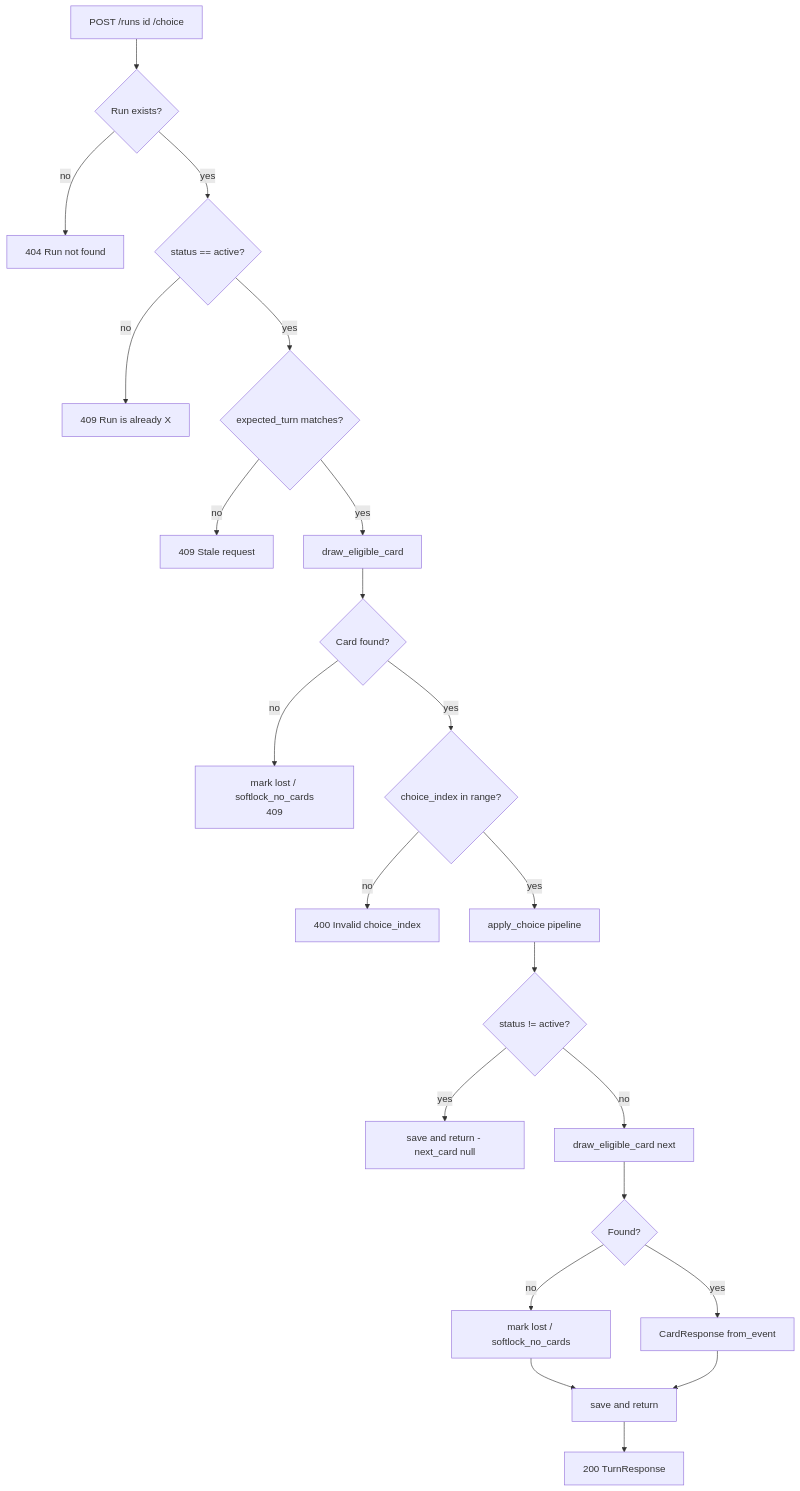
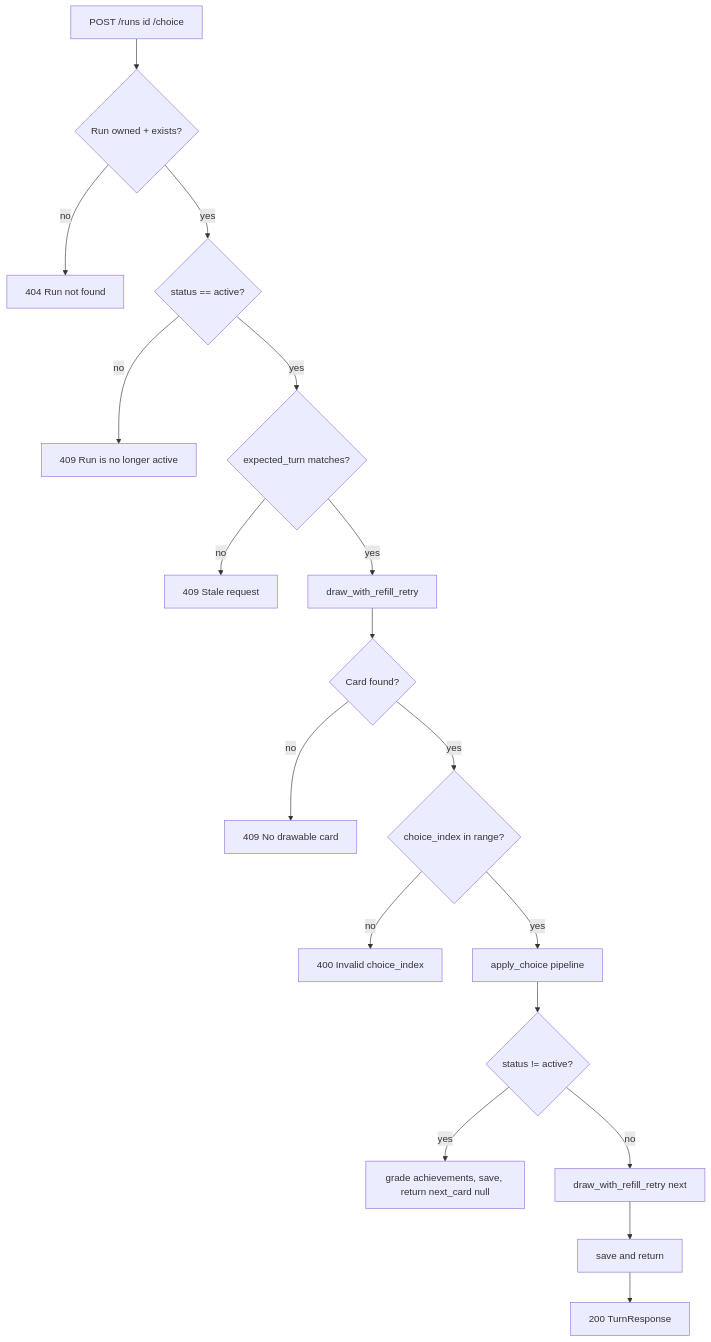
Before and after one commit to Scarred95/FATCHAD: the third of 5 diagrams in documentation/backend_documentation/GAME_FLOW.md, drawn with Mermaid. The commit also changed other lines of this file and 12 other files, not shown here.

First line of the commit message:
docs: restructure doc-set, accuracy audit + guest flow

````diff
--- a/documentation/backend_documentation/GAME_FLOW.md
+++ b/documentation/backend_documentation/GAME_FLOW.md
@@ -74,24 +88,20 @@
 ```mermaid
 flowchart TD
-    A[POST /runs id /choice] --> B{Run exists?}
+    A[POST /runs id /choice] --> B{Run owned + exists?}
     B -- no --> X1[404 Run not found]
     B -- yes --> C{status == active?}
-    C -- no --> X2[409 Run is already X]
+    C -- no --> X2[409 Run is no longer active]
     C -- yes --> D{expected_turn matches?}
     D -- no --> X3[409 Stale request]
-    D -- yes --> E[draw_eligible_card]
+    D -- yes --> E[draw_with_refill_retry]
     E --> F{Card found?}
-    F -- no --> X4["mark lost / softlock_no_cards<br/>409"]
+    F -- no --> X4[409 No drawable card]
     F -- yes --> G{choice_index in range?}
     G -- no --> X5[400 Invalid choice_index]
     G -- yes --> H[apply_choice pipeline]
     H --> I{status != active?}
-    I -- yes --> J[save and return - next_card null]
-    I -- no --> K[draw_eligible_card next]
-    K --> L{Found?}
-    L -- no --> M["mark lost / softlock_no_cards"]
-    L -- yes --> N[CardResponse from_event]
-    M --> O[save and return]
-    N --> O
-    O --> Z[200 TurnResponse]
+    I -- yes --> J[grade achievements, save, return next_card null]
+    I -- no --> K[draw_with_refill_retry next]
+    K --> L[save and return]
+    L --> Z[200 TurnResponse]
 ```
````
